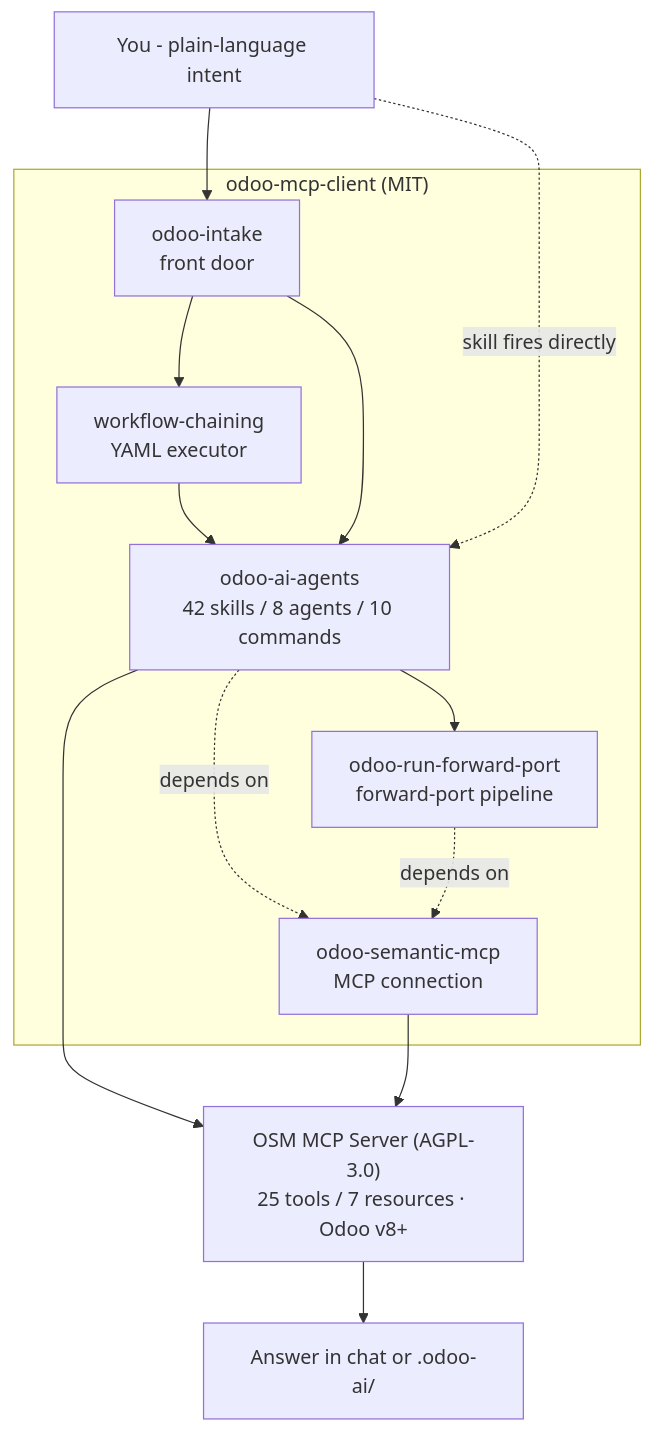
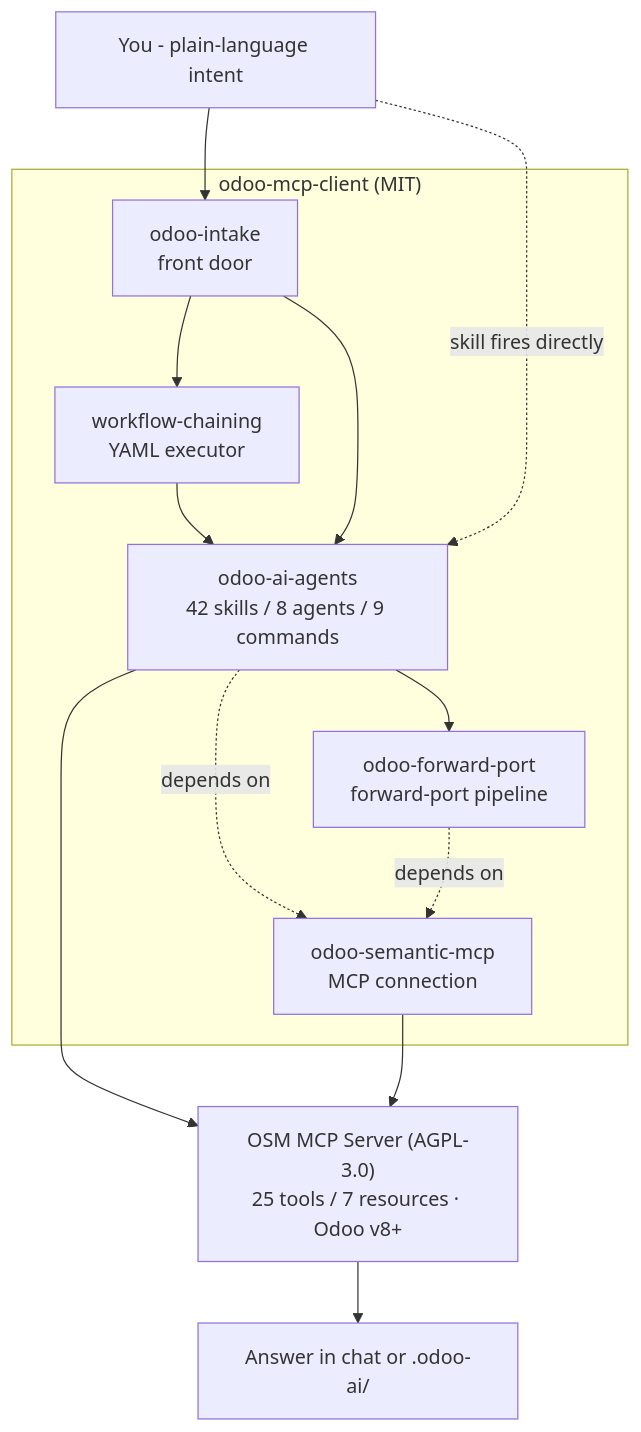
One commit to Viindoo/odoo-mcp-client changed the diagram in README.md. Above: the diagram before and after it, drawn with Mermaid. The commit also changed other lines of this file and 21 other files, not shown here.

First line of the commit message:
odoo-ai-agents: merge /odoo-forward-port command into renamed odoo-forward-port skill (v3.16.1) (#94)

````diff
--- a/README.md
+++ b/README.md
@@ -13,26 +13,26 @@
 ```mermaid
 flowchart TD
     You["You - plain-language intent"]
 
     subgraph client["odoo-mcp-client (MIT)"]
         intake["odoo-intake<br/>front door"]
         wfrunner["workflow-chaining<br/>YAML executor"]
-        skills["odoo-ai-agents<br/>42 skills / 8 agents / 10 commands"]
-        fp["odoo-run-forward-port<br/>forward-port pipeline"]
+        skills["odoo-ai-agents<br/>42 skills / 8 agents / 9 commands"]
+        fp["odoo-forward-port<br/>forward-port pipeline"]
         mcp["odoo-semantic-mcp<br/>MCP connection"]
         intake --> wfrunner --> skills
         intake --> skills
         skills --> fp
         skills -. depends on .-> mcp
         fp -. depends on .-> mcp
     end
 
     server["OSM MCP Server (AGPL-3.0)<br/>25 tools / 7 resources · Odoo v8+"]
     out["Answer in chat or .odoo-ai/"]
 
     You --> intake
     You -. "skill fires directly" .-> skills
     skills --> server
     mcp --> server
     server --> out
 ```
````
